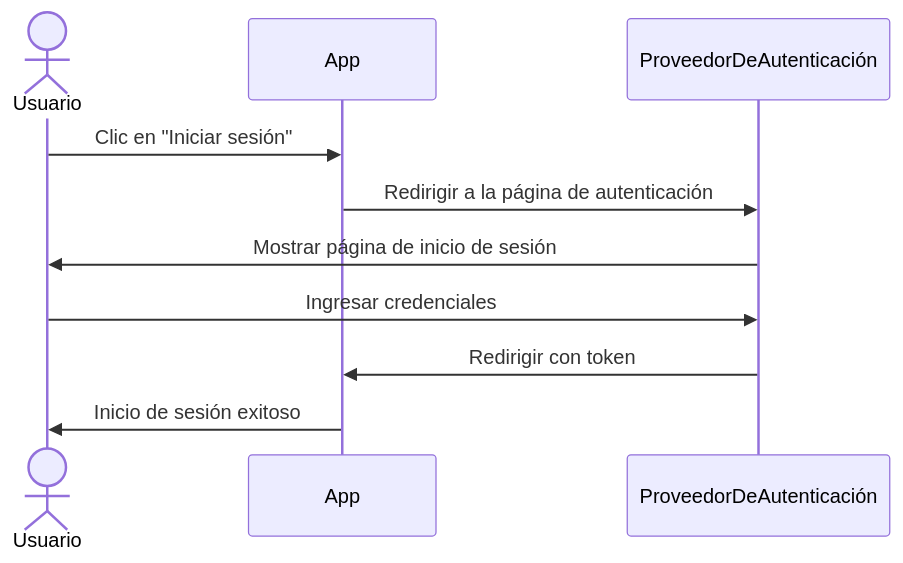
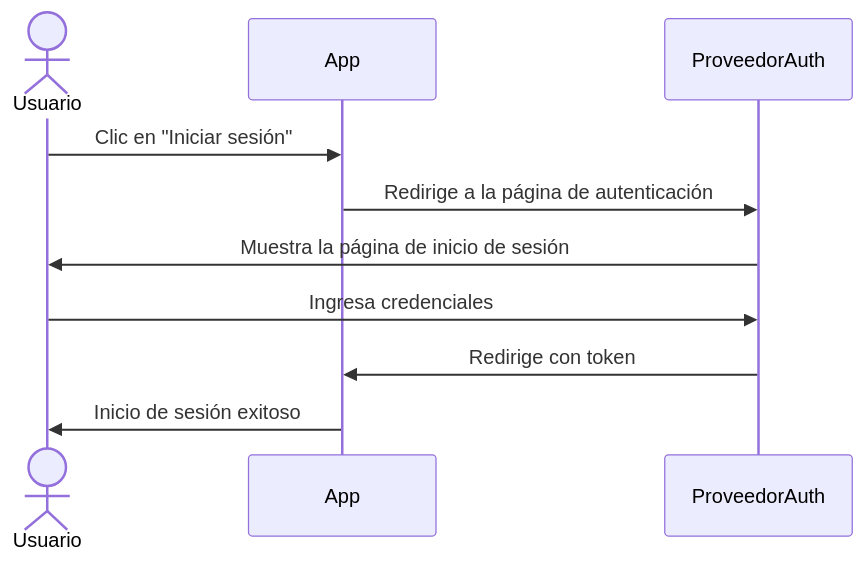
The first of 7 diagrams in i18n/es/docusaurus-plugin-content-docs/current/use-cases/multi-tenancy/build-multi-tenant-saas-application.mdx (logto-io/docs), drawn with Mermaid before and after one commit. The commit also changed other lines of this file and 666 other files, not shown here.

````diff
--- a/i18n/es/docusaurus-plugin-content-docs/current/use-cases/multi-tenancy/build-multi-tenant-saas-application.mdx
+++ b/i18n/es/docusaurus-plugin-content-docs/current/use-cases/multi-tenancy/build-multi-tenant-saas-application.mdx
@@ -186,13 +186,13 @@
 ```mermaid
 sequenceDiagram
   actor u as Usuario
   participant a as App
-  participant auth as ProveedorDeAutenticación
+  participant auth as ProveedorAuth
 
   u->>a: Clic en "Iniciar sesión"
-  a->>auth: Redirigir a la página de autenticación
-  auth->>u: Mostrar página de inicio de sesión
-  u->>auth: Ingresar credenciales
-  auth->>a: Redirigir con token
+  a->>auth: Redirige a la página de autenticación
+  auth->>u: Muestra la página de inicio de sesión
+  u->>auth: Ingresa credenciales
+  auth->>a: Redirige con token
   a->>u: Inicio de sesión exitoso
 ```
````
